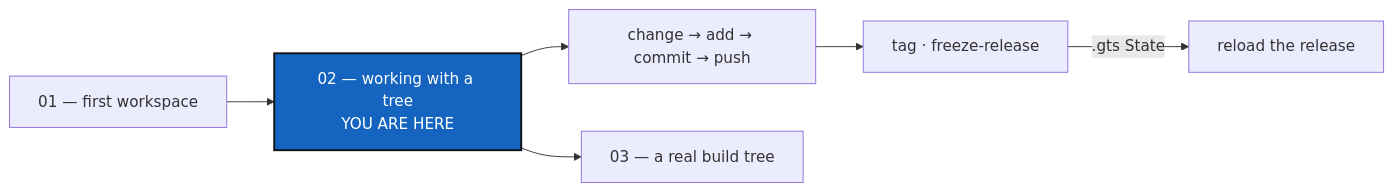
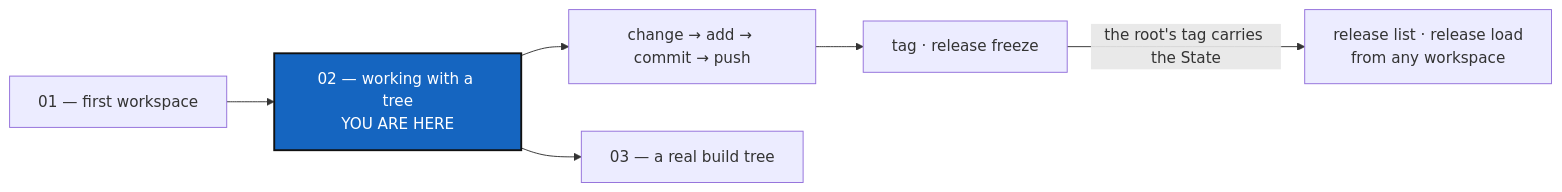
The diagram in tutorials/02_working_with_a_tree.md (flipoyo/ComplexGitSync), drawn with Mermaid before and after one commit. The commit also changed other lines of this file and 39 other files, not shown here.

````diff
--- a/tutorials/02_working_with_a_tree.md
+++ b/tutorials/02_working_with_a_tree.md
@@ -27,11 +27,11 @@
 ```mermaid
 graph LR
     T1["01 — first workspace"] --> T2["02 — working with a tree<br/>YOU ARE HERE"]
     T2 --> CYCLE["change → add → commit → push"]
-    CYCLE --> REL["tag · freeze-release"]
-    REL -->|".gts State"| BACK["reload the release"]
+    CYCLE --> REL["tag · release freeze"]
+    REL -->|"the root's tag carries the State"| BACK["release list · release load<br/>from any workspace"]
     T2 --> T3["03 — a real build tree"]
 
     classDef here fill:#1565C0,color:#fff,stroke:#111,stroke-width:2px;
     class T2 here;
 ```
````
